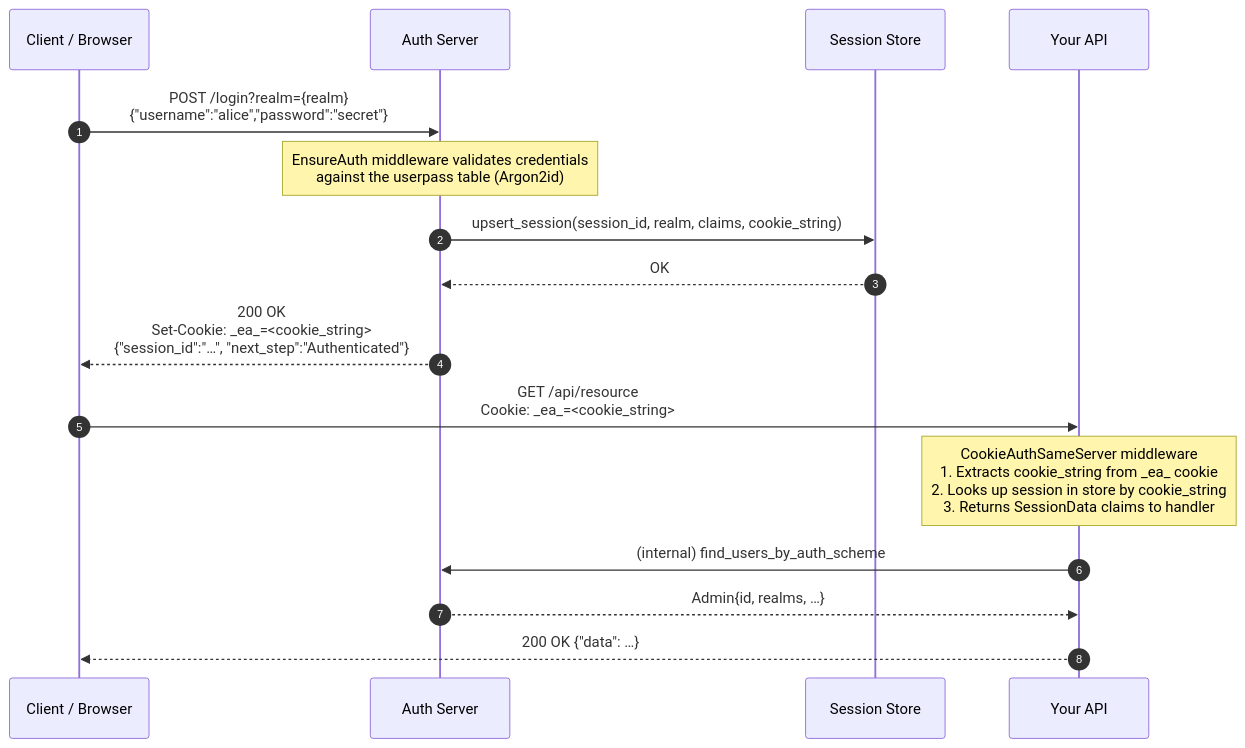
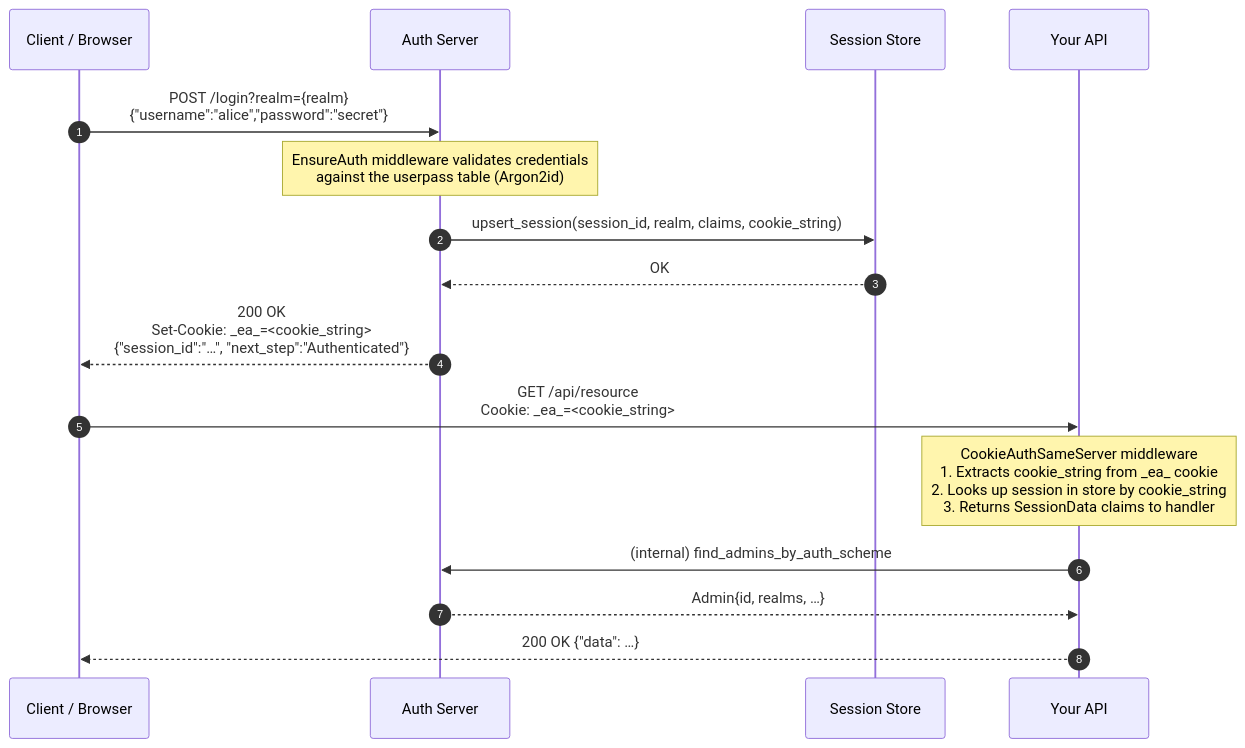
Before and after one commit to Cosmian/authentication: the first of 8 diagrams in server/documentation/authentication_flows.md, drawn with Mermaid.

````diff
--- a/server/documentation/authentication_flows.md
+++ b/server/documentation/authentication_flows.md
@@ -38,20 +38,20 @@
 ```mermaid
 sequenceDiagram
     autonumber
     participant U as Client / Browser
     participant EA as Auth Server
     participant SS as Session Store
     participant API as Your API
 
     U->>EA: POST /login?realm={realm}<br/>{"username":"alice","password":"secret"}
     note over EA: EnsureAuth middleware validates credentials<br/>against the userpass table (Argon2id)
     EA->>SS: upsert_session(session_id, realm, claims, cookie_string)
     SS-->>EA: OK
     EA-->>U: 200 OK<br/>Set-Cookie: _ea_=<cookie_string><br/>{"session_id":"…", "next_step":"Authenticated"}
 
     U->>API: GET /api/resource<br/>Cookie: _ea_=<cookie_string>
     note over API: CookieAuthSameServer middleware<br/>1. Extracts cookie_string from _ea_ cookie<br/>2. Looks up session in store by cookie_string<br/>3. Returns SessionData claims to handler
-    API->>EA: (internal) find_users_by_auth_scheme
+    API->>EA: (internal) find_admins_by_auth_scheme
     EA-->>API: Admin{id, realms, …}
     API-->>U: 200 OK  {"data": …}
 ```
````
